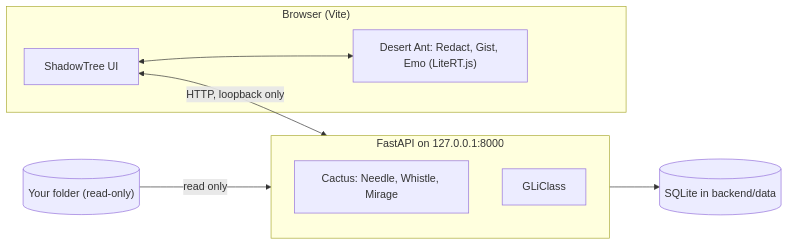
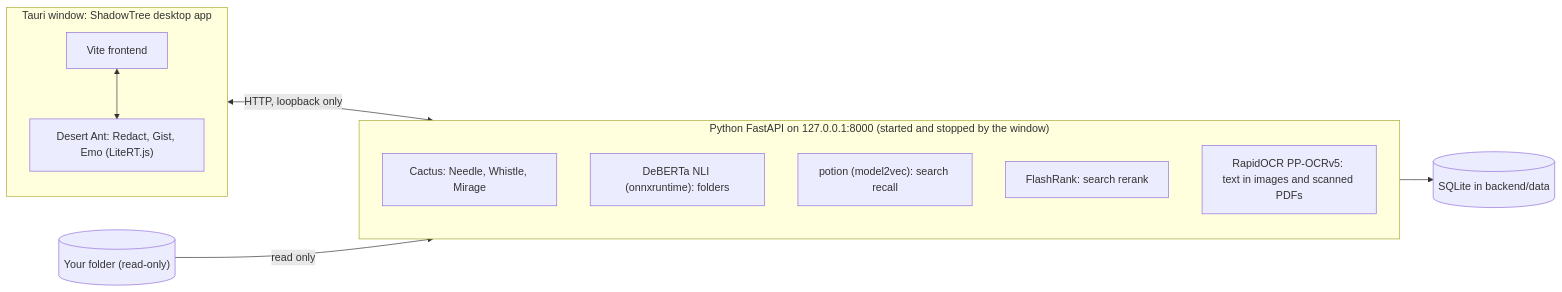
The diagram in README.md (Prabodh1231/ShadowTree), drawn with Mermaid before and after one commit. The commit also changed other lines of this file and 4 other files, not shown here.

Commit message:
docs: README, Devpost story, demo script and spec note for the ShadowTree model stack and Tauri app

````diff
--- a/README.md
+++ b/README.md
@@ -24,17 +24,20 @@
 ```mermaid
 flowchart LR
-  subgraph Browser["Browser (Vite)"]
-    UI["ShadowTree UI"]
+  subgraph App["Tauri window: ShadowTree desktop app"]
+    UI["Vite frontend"]
     DA["Desert Ant: Redact, Gist, Emo (LiteRT.js)"]
+    UI <--> DA
   end
-  subgraph Backend["FastAPI on 127.0.0.1:8000"]
+  subgraph Backend["Python FastAPI on 127.0.0.1:8000 (started and stopped by the window)"]
     CA["Cactus: Needle, Whistle, Mirage"]
-    GL["GLiClass"]
+    NLI["DeBERTa NLI (onnxruntime): folders"]
+    POT["potion (model2vec): search recall"]
+    FR["FlashRank: search rerank"]
+    OCR["RapidOCR PP-OCRv5: text in images and scanned PDFs"]
   end
   DB[("SQLite in backend/data")]
   Disk[("Your folder (read-only)")]
-  UI <--> DA
-  UI <-->|"HTTP, loopback only"| Backend
+  App <-->|"HTTP, loopback only"| Backend
   Backend --> DB
   Disk -->|"read only"| Backend
 ```
````
